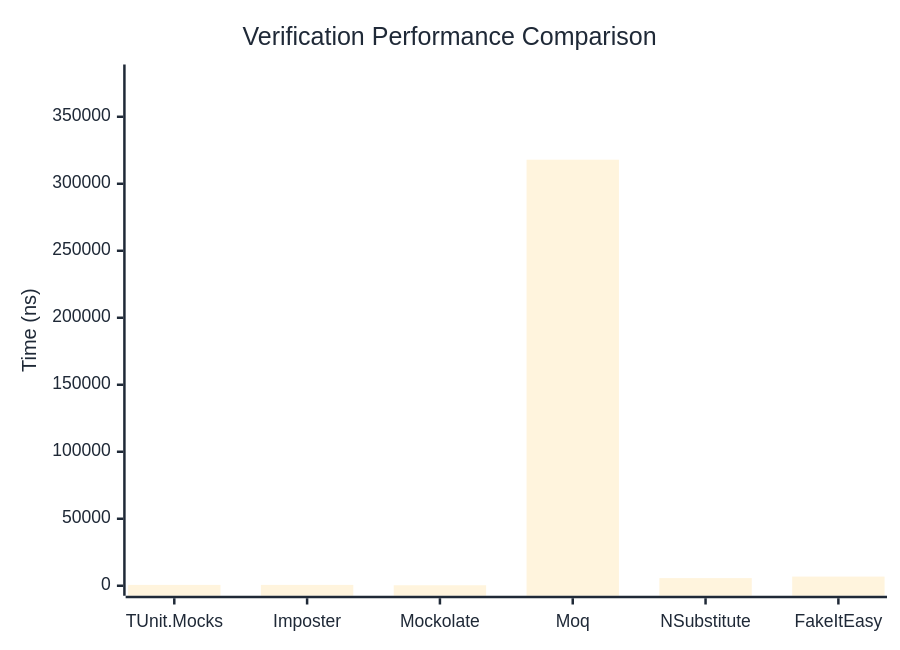
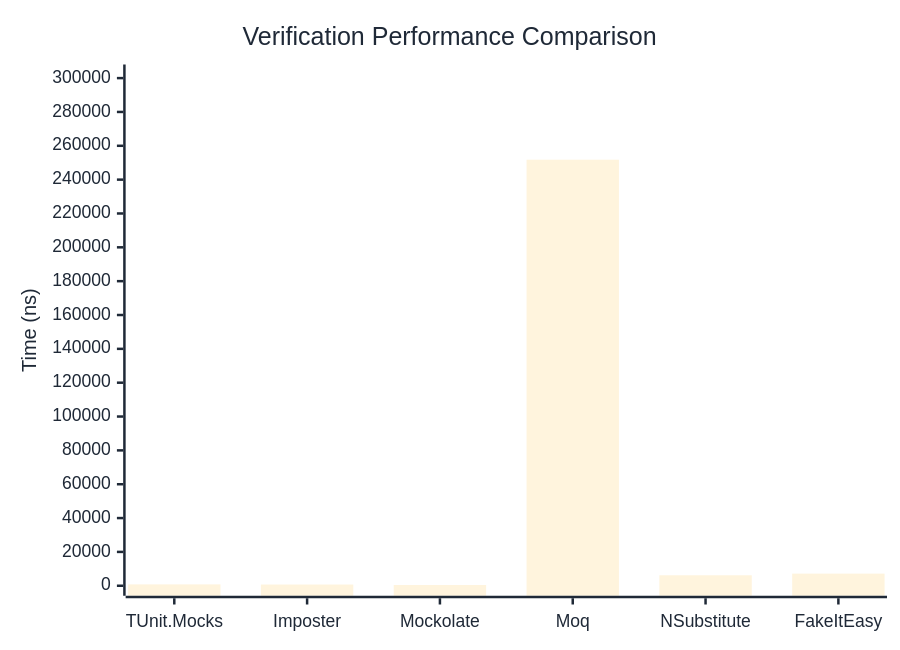
One commit to thomhurst/TUnit changed the first of 3 diagrams in docs/docs/benchmarks/mocks/Verification.md. Above: the diagram before and after it, drawn with Mermaid. The commit also changed other lines of this file and 14 other files, not shown here.

````diff
--- a/docs/docs/benchmarks/mocks/Verification.md
+++ b/docs/docs/benchmarks/mocks/Verification.md
@@ -30,27 +30,27 @@
 ```mermaid
 %%{init: {
   'theme':'base',
   'themeVariables': {
     'primaryColor': '#2563eb',
     'primaryTextColor': '#1f2937',
     'primaryBorderColor': '#1e40af',
     'lineColor': '#6b7280',
     'secondaryColor': '#7c3aed',
     'tertiaryColor': '#dc2626',
     'background': '#ffffff',
     'pie1': '#2563eb',
     'pie2': '#7c3aed',
     'pie3': '#dc2626',
     'pie4': '#f59e0b',
     'pie5': '#10b981',
     'pie6': '#06b6d4',
     'pie7': '#ec4899',
     'pie8': '#6366f1'
   }
 }}%%
 xychart-beta
   title "Verification Performance Comparison"
   x-axis ["TUnit.Mocks", "Imposter", "Mockolate", "Moq", "NSubstitute", "FakeItEasy"]
-  y-axis "Time (ns)" 0 --> 381553
-  bar [635.78, 626.37, 368.76, 317960.35, 5713.78, 6844.92]
+  y-axis "Time (ns)" 0 --> 302131
+  bar [810.19, 717.06, 453.84, 251775.55, 6194, 7176.65]
 ```
````
